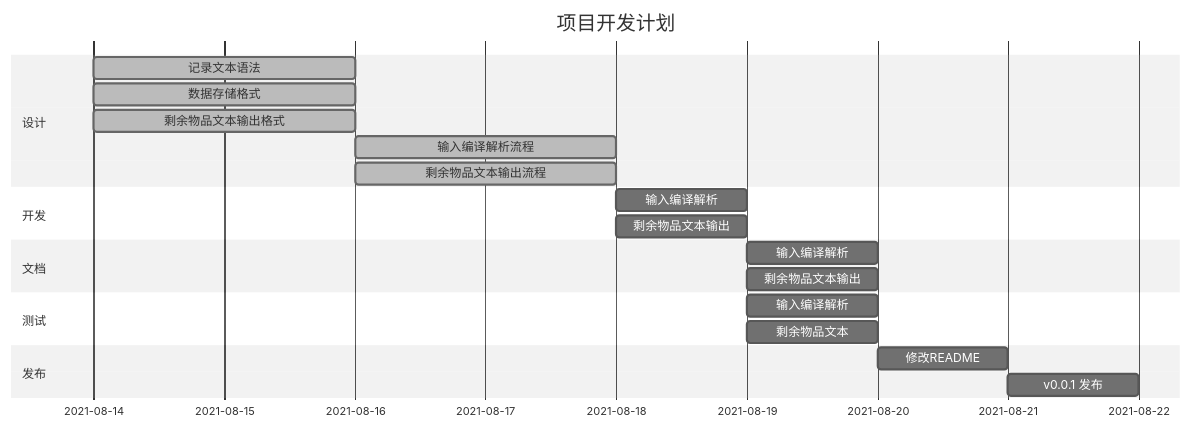
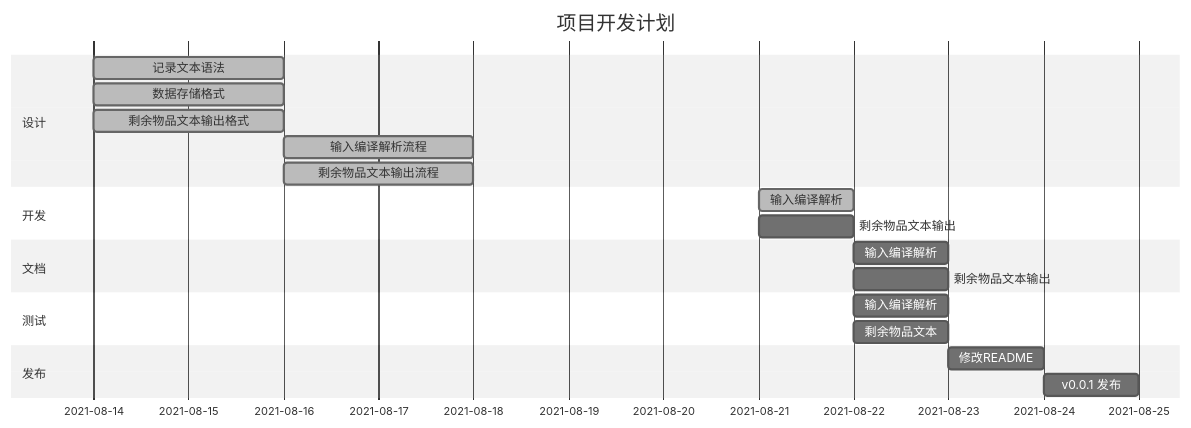
The diagram in docs/schedules/index.md (w158rk/PWMS), drawn with Mermaid (neutral theme) before and after one commit. The commit also changed 11 other files, not shown here.

````diff
--- a/docs/schedules/index.md
+++ b/docs/schedules/index.md
@@ -3,29 +3,29 @@
 ```mermaid
 gantt
     dateFormat  YYYY-MM-DD
     title       项目开发计划
 
     section 设计
     记录文本语法                    :done,    syntax, 2021-08-14, 2d
     数据存储格式                    :done,    ds, 2021-08-14, 2d
     剩余物品文本输出格式              :done,    textout, 2021-08-14, 2d
     输入编译解析流程                :done,     proc-compile, after syntax, 2d
     剩余物品文本输出流程             :done,     proc-textout, after textout, 2d
 
     section 开发
-    输入编译解析                :         dev-compile, after proc-compile, 1d
-    剩余物品文本输出             :         dev-textout, after proc-textout, 1d
+    输入编译解析                :done,    dev-compile, 2021-08-21, 1d
+    剩余物品文本输出             :         dev-textout, 2021-08-21, 1d
 
     section 文档
     输入编译解析             :         doc-compile, after dev-compile, 1d
     剩余物品文本输出          :         doc-textout, after dev-textout, 1d
 
     section 测试
     输入编译解析             :         test-compile, after dev-compile, 1d
     剩余物品文本             :         test-textout, after dev-textout, 1d
 
     section 发布
     修改README          :   readme, after test-compile, 1d
     v0.0.1 发布         :   v0.0.1, after readme, 1d
 
 ```
````
